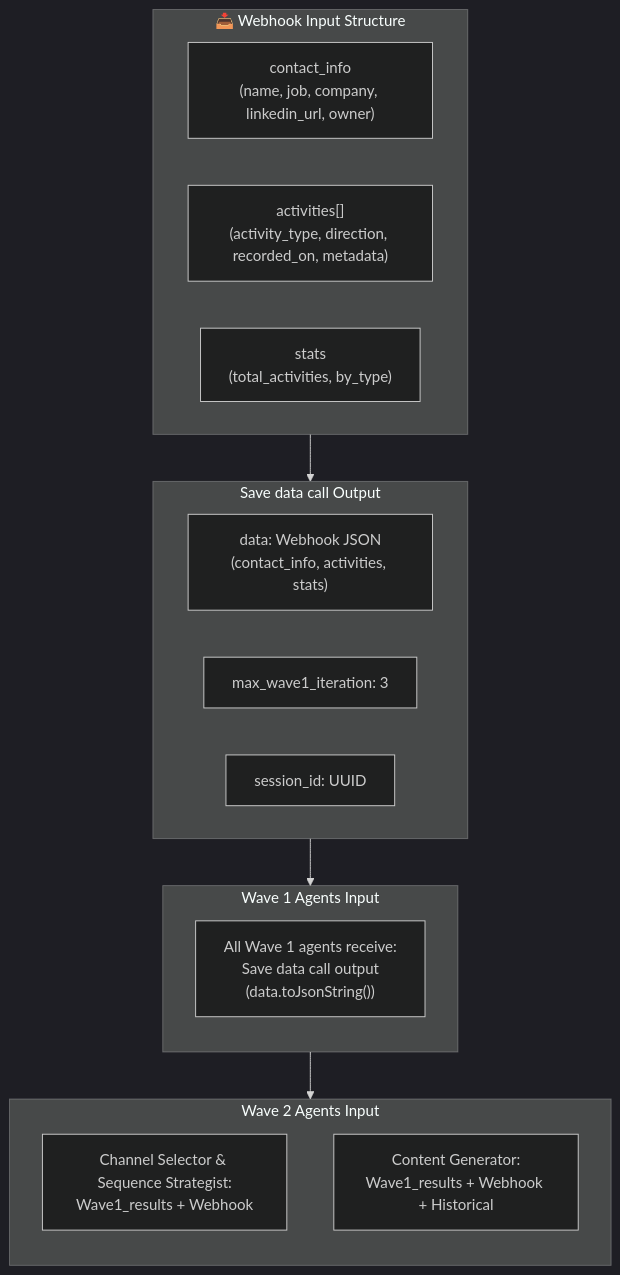
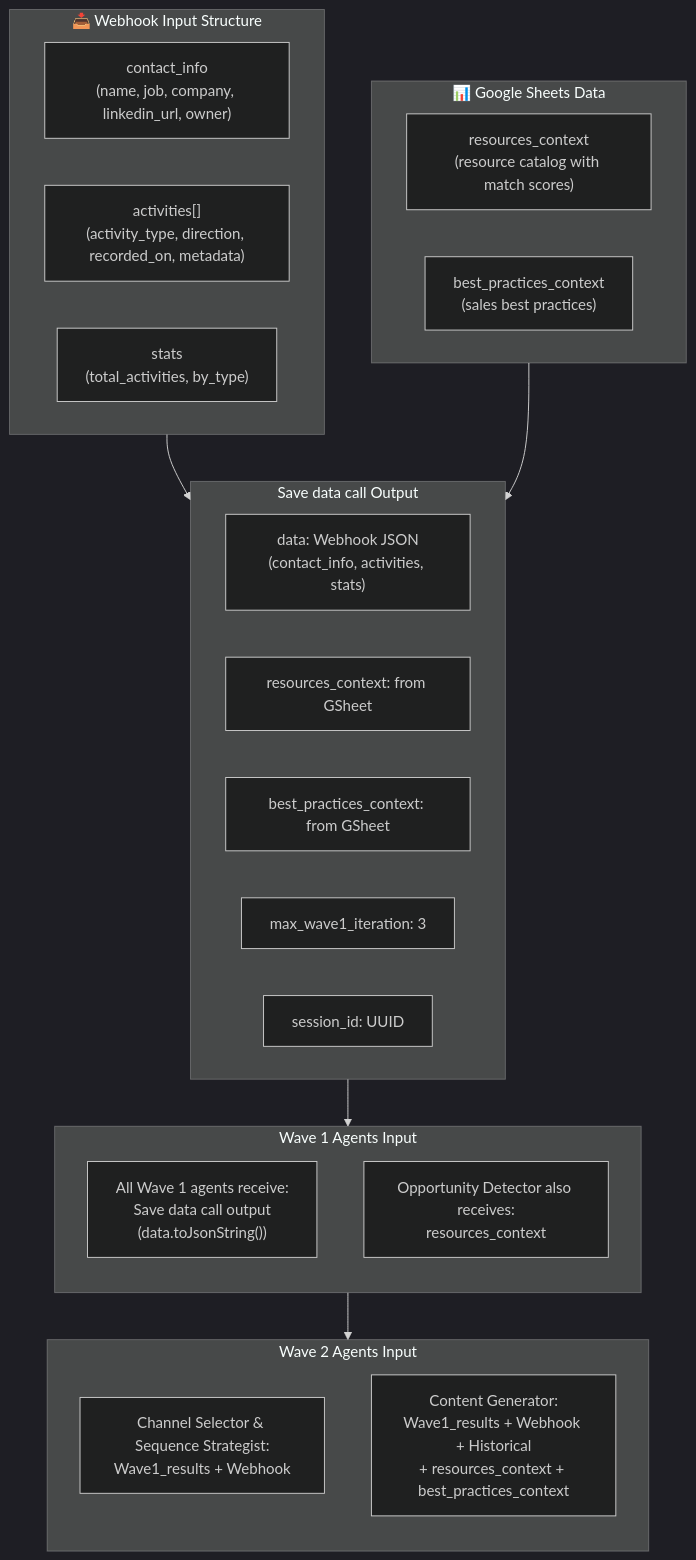
The second of 17 diagrams in WORKFLOW-DIAGRAM.md (damianstetsonair/sales-n8n-ia), drawn with Mermaid (dark theme) before and after one commit. The commit also changed other lines of this file and 1 other file, not shown here.

````diff
--- a/WORKFLOW-DIAGRAM.md
+++ b/WORKFLOW-DIAGRAM.md
@@ -188,31 +217,41 @@
 ```mermaid
 flowchart TB
     subgraph WEBHOOK_DATA["📥 Webhook Input Structure"]
         direction LR
         WD1["contact_info<br/>(name, job, company, linkedin_url, owner)"]
         WD2["activities[]<br/>(activity_type, direction, recorded_on, metadata)"]
         WD3["stats<br/>(total_activities, by_type)"]
     end
 
+    subgraph GSHEET_DATA["📊 Google Sheets Data"]
+        direction LR
+        GS1["resources_context<br/>(resource catalog with match scores)"]
+        GS2["best_practices_context<br/>(sales best practices)"]
+    end
+
     subgraph SDC_OUTPUT["Save data call Output"]
         direction LR
         SDC1["data: Webhook JSON<br/>(contact_info, activities, stats)"]
-        SDC2["max_wave1_iteration: 3"]
-        SDC3["session_id: UUID"]
+        SDC2["resources_context: from GSheet"]
+        SDC3["best_practices_context: from GSheet"]
+        SDC4["max_wave1_iteration: 3"]
+        SDC5["session_id: UUID"]
     end
 
     subgraph WAVE1_INPUT["Wave 1 Agents Input"]
         direction TB
         W1I["All Wave 1 agents receive:<br/>Save data call output<br/>(data.toJsonString())"]
+        W1I2["Opportunity Detector also receives:<br/>resources_context"]
     end
 
     subgraph WAVE2_INPUT["Wave 2 Agents Input"]
         direction TB
         W2I1["Channel Selector & Sequence Strategist:<br/>Wave1_results + Webhook"]
-        W2I2["Content Generator:<br/>Wave1_results + Webhook + Historical"]
+        W2I2["Content Generator:<br/>Wave1_results + Webhook + Historical<br/>+ resources_context + best_practices_context"]
     end
 
     WEBHOOK_DATA --> SDC_OUTPUT
+    GSHEET_DATA --> SDC_OUTPUT
     SDC_OUTPUT --> WAVE1_INPUT
     WAVE1_INPUT --> WAVE2_INPUT
 ```
````
